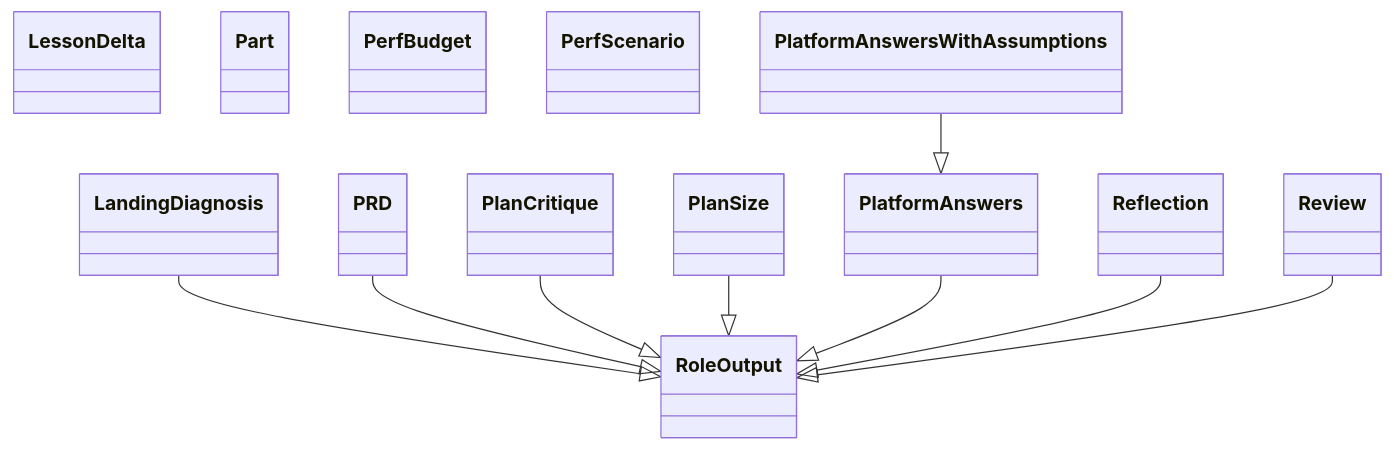
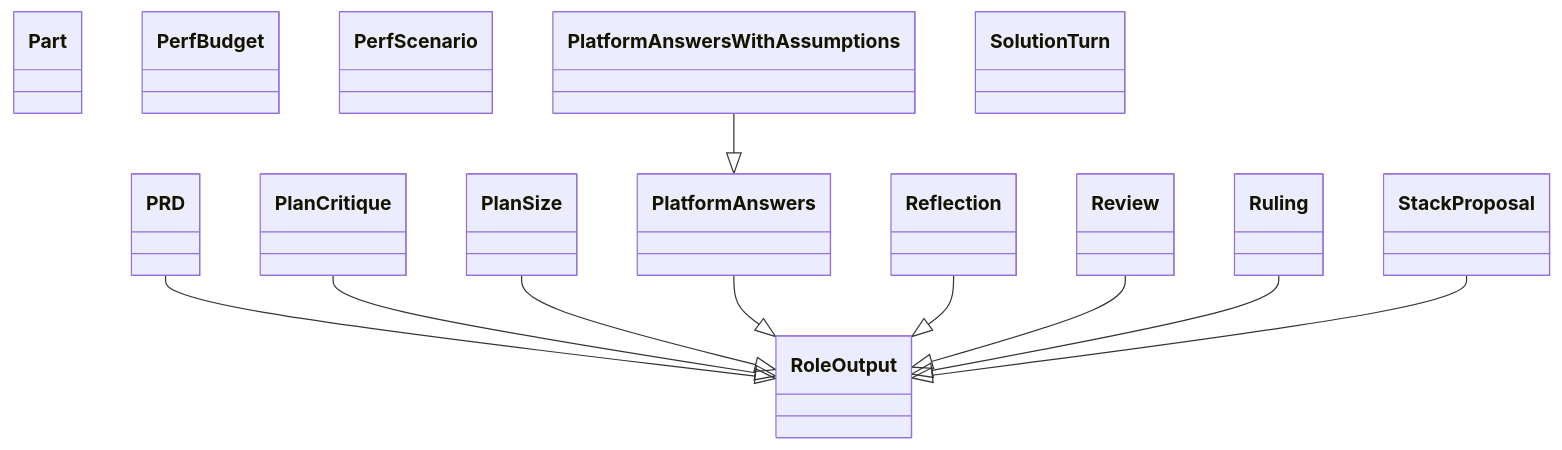
Before and after one commit to GonzaloZevallos/agentic-system: the diagram in docs/architecture/generated/classes-process-domain-roles-4.md, drawn with Mermaid. The commit also changed other lines of this file and 20 other files, not shown here.

Commit message:
Regenerate the architecture docs after merging master

````diff
--- a/docs/architecture/generated/classes-process-domain-roles-4.md
+++ b/docs/architecture/generated/classes-process-domain-roles-4.md
@@ -30,24 +30,26 @@
 ```mermaid
 classDiagram
-    class schemas__LandingDiagnosis["LandingDiagnosis"]
-    class schemas__LessonDelta["LessonDelta"]
     class schemas__PRD["PRD"]
     class schemas__Part["Part"]
     class schemas__PerfBudget["PerfBudget"]
     class schemas__PerfScenario["PerfScenario"]
     class schemas__PlanCritique["PlanCritique"]
     class schemas__PlanSize["PlanSize"]
     class schemas__PlatformAnswers["PlatformAnswers"]
     class schemas__PlatformAnswersWithAssumptions["PlatformAnswersWithAssumptions"]
     class schemas__Reflection["Reflection"]
     class schemas__Review["Review"]
     class schemas__RoleOutput["RoleOutput"]
-    schemas__LandingDiagnosis --|> schemas__RoleOutput
+    class schemas__Ruling["Ruling"]
+    class schemas__SolutionTurn["SolutionTurn"]
+    class schemas__StackProposal["StackProposal"]
     schemas__PRD --|> schemas__RoleOutput
     schemas__PlanCritique --|> schemas__RoleOutput
     schemas__PlanSize --|> schemas__RoleOutput
     schemas__PlatformAnswers --|> schemas__RoleOutput
     schemas__PlatformAnswersWithAssumptions --|> schemas__PlatformAnswers
     schemas__Reflection --|> schemas__RoleOutput
     schemas__Review --|> schemas__RoleOutput
+    schemas__Ruling --|> schemas__RoleOutput
+    schemas__StackProposal --|> schemas__RoleOutput
 ```
````
